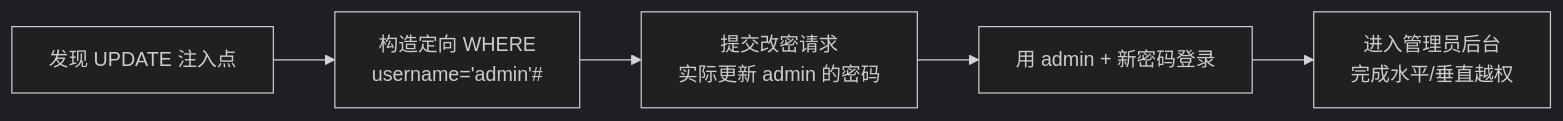
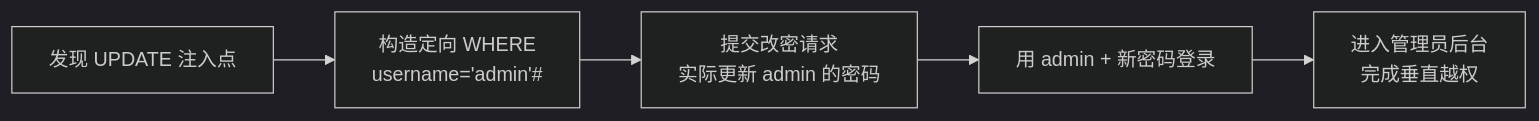
One commit to missercatos/RootStack changed the third of 3 diagrams in red_team/ctf_trea/Web/SQL/mysql结构/08-UPDATE注入.md. Above: the diagram before and after it, drawn with Mermaid (dark theme). The commit also changed other lines of this file and 34 other files, not shown here.

````diff
--- a/red_team/ctf_trea/Web/SQL/mysql结构/08-UPDATE注入.md
+++ b/red_team/ctf_trea/Web/SQL/mysql结构/08-UPDATE注入.md
@@ -124,7 +243,7 @@
 ```mermaid
 flowchart LR
-    A[发现 UPDATE 注入点] --> B[构造定向 WHERE<br/>username='admin'#]
+    A[发现 UPDATE 注入点] --> B["构造定向 WHERE<br/>username='admin'#"]
     B --> C[提交改密请求<br/>实际更新 admin 的密码]
     C --> D[用 admin + 新密码登录]
-    D --> E[进入管理员后台<br/>完成水平/垂直越权]
+    D --> E[进入管理员后台<br/>完成垂直越权]
 ```
````
